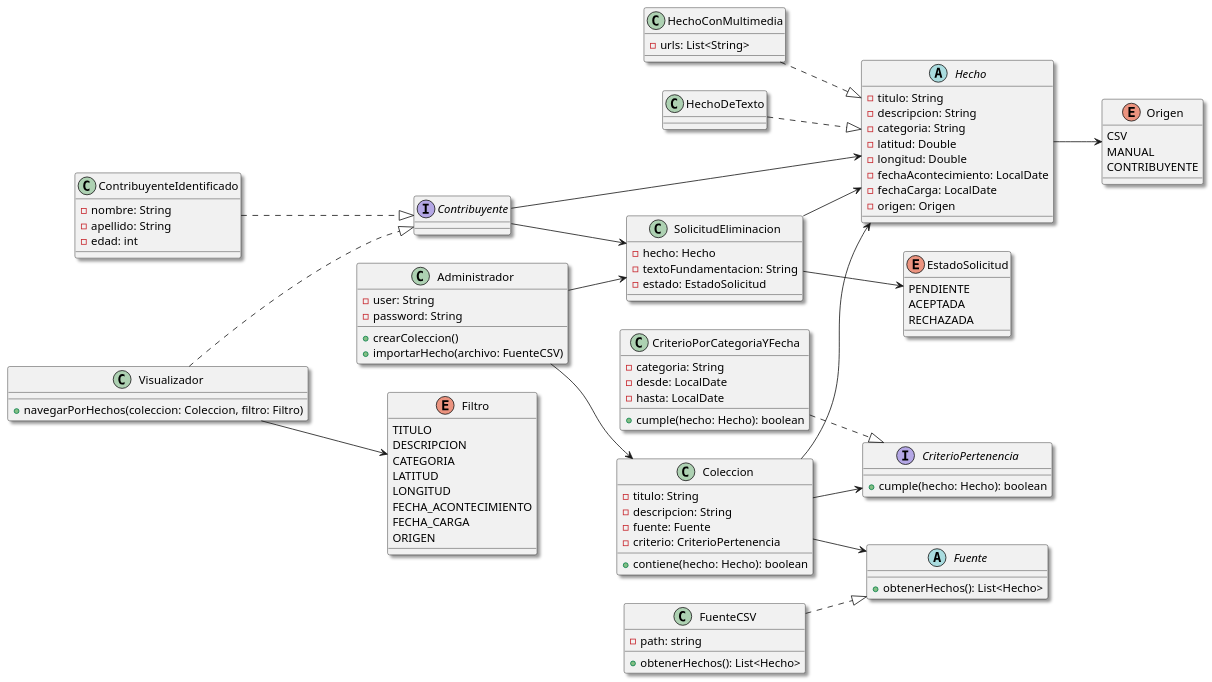
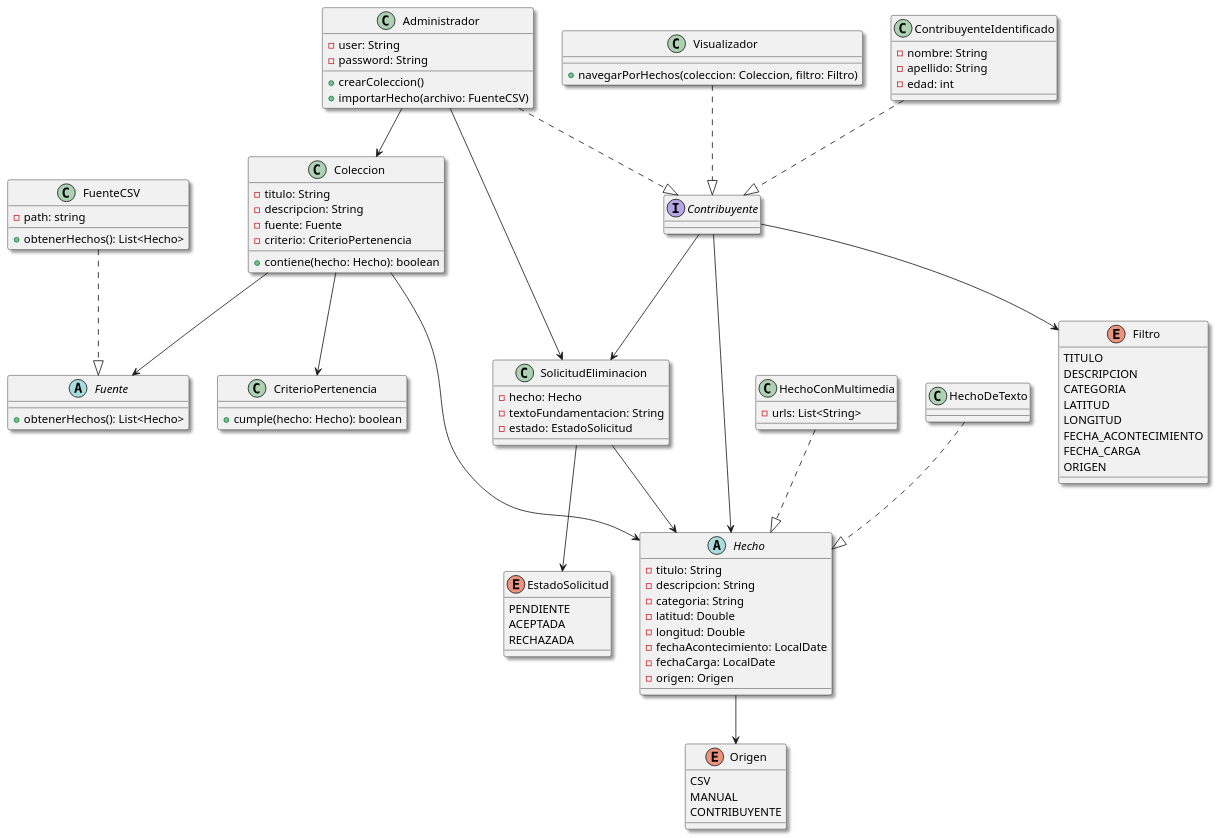
The diagram in Diagramas/diagrama.puml (ValentinVilla/tpa-diseno-sistemas-2025), drawn with PlantUML before and after one commit. The commit also changed 1 other file, not shown here.

Commit message:
Refactor de diagrama

```diff
--- a/Diagramas/diagrama.puml
+++ b/Diagramas/diagrama.puml
@@ -1,125 +1,116 @@
 @startuml
 
-left to right direction
+
 
 skinparam shadowing true
 
-class Administrador {
-  - user: String
-  - password: String
-  + crearColeccion()
-  + importarHecho(archivo: FuenteCSV)
-}
 
 class Coleccion {
   - titulo: String
   - descripcion: String
   - fuente: Fuente
   - criterio: CriterioPertenencia
   + contiene(hecho: Hecho): boolean
 }
 
-abstract class Hecho {
-  - titulo: String
-  - descripcion: String
-  - categoria: String
-  - latitud: Double
-  - longitud: Double
-  - fechaAcontecimiento: LocalDate
-  - fechaCarga: LocalDate
-  - origen: Origen
+class Administrador {
+  - user: String
+  - password: String
+  + crearColeccion()
+  + importarHecho(archivo: FuenteCSV)
 }
-
-class HechoConMultimedia {
-  - urls: List<String>
-}
-
-class HechoDeTexto{}
 
 enum Origen {
   CSV
   MANUAL
   CONTRIBUYENTE
 }
 
-interface CriterioPertenencia {
-  + cumple(hecho: Hecho): boolean
-}
-
-class CriterioPorCategoriaYFecha {
-  - categoria: String
-  - desde: LocalDate
-  - hasta: LocalDate
+class CriterioPertenencia {
   + cumple(hecho: Hecho): boolean
 }
 
 abstract class Fuente {
   + obtenerHechos(): List<Hecho>
 }
 
 class FuenteCSV {
   - path: string
   + obtenerHechos(): List<Hecho>
 }
+class SolicitudEliminacion {
+  - hecho: Hecho
+  - textoFundamentacion: String
+  - estado: EstadoSolicitud
+}
 
+enum EstadoSolicitud {
+  PENDIENTE
+  ACEPTADA
+  RECHAZADA
+}
 interface Contribuyente{}
 
 class ContribuyenteIdentificado {
   - nombre: String
   - apellido: String
   - edad: int
 }
 
 class Visualizador {
   + navegarPorHechos(coleccion: Coleccion, filtro: Filtro)
 }
 
 enum Filtro {
   TITULO
   DESCRIPCION
   CATEGORIA
   LATITUD
   LONGITUD
   FECHA_ACONTECIMIENTO
   FECHA_CARGA
   ORIGEN
 }
 
-class SolicitudEliminacion {
-  - hecho: Hecho
-  - textoFundamentacion: String
-  - estado: EstadoSolicitud
+abstract class Hecho {
+  - titulo: String
+  - descripcion: String
+  - categoria: String
+  - latitud: Double
+  - longitud: Double
+  - fechaAcontecimiento: LocalDate
+  - fechaCarga: LocalDate
+  - origen: Origen
 }
 
-enum EstadoSolicitud {
-  PENDIENTE
-  ACEPTADA
-  RECHAZADA
+class HechoConMultimedia {
+  - urls: List<String>
 }
+
+class HechoDeTexto{}
 
 
 Administrador --> Coleccion
 Administrador --> SolicitudEliminacion
+Administrador ..|> Contribuyente
 
 Coleccion --> Hecho
 Coleccion --> Fuente
 Coleccion --> CriterioPertenencia
 
 Hecho --> Origen
 HechoConMultimedia ..|> Hecho
 HechoDeTexto ..|> Hecho
 
-CriterioPorCategoriaYFecha ..|> CriterioPertenencia
-
 FuenteCSV ..|> Fuente
 
 Contribuyente --> Hecho
 Contribuyente --> SolicitudEliminacion
+Contribuyente --> Filtro
 ContribuyenteIdentificado ..|> Contribuyente
 Visualizador ..|> Contribuyente
-Visualizador --> Filtro
 
 SolicitudEliminacion --> Hecho
 SolicitudEliminacion --> EstadoSolicitud
 
 @enduml
```
